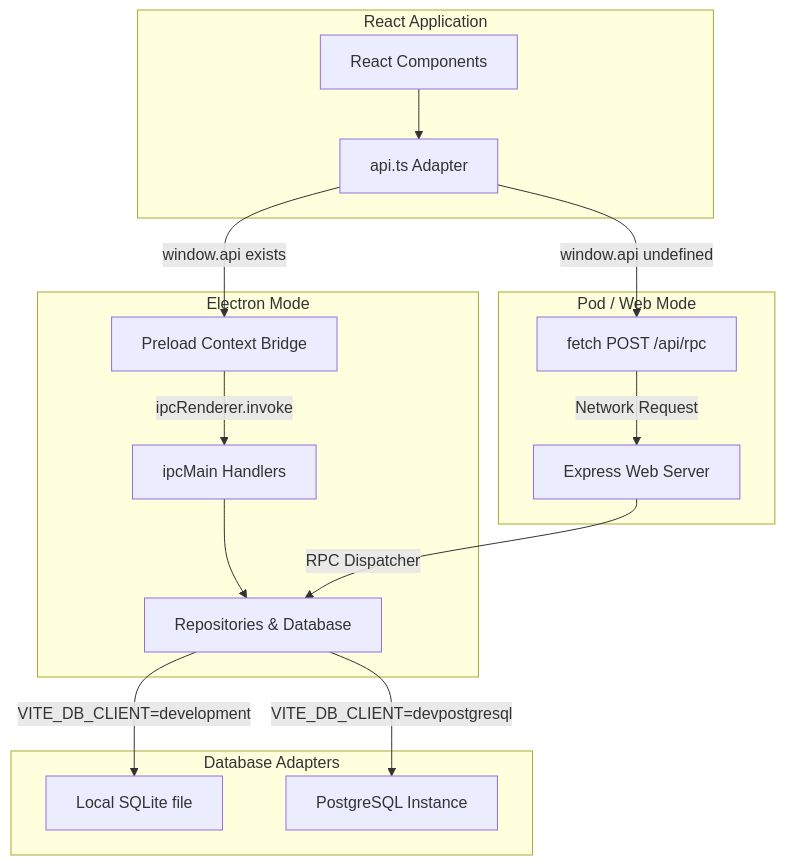
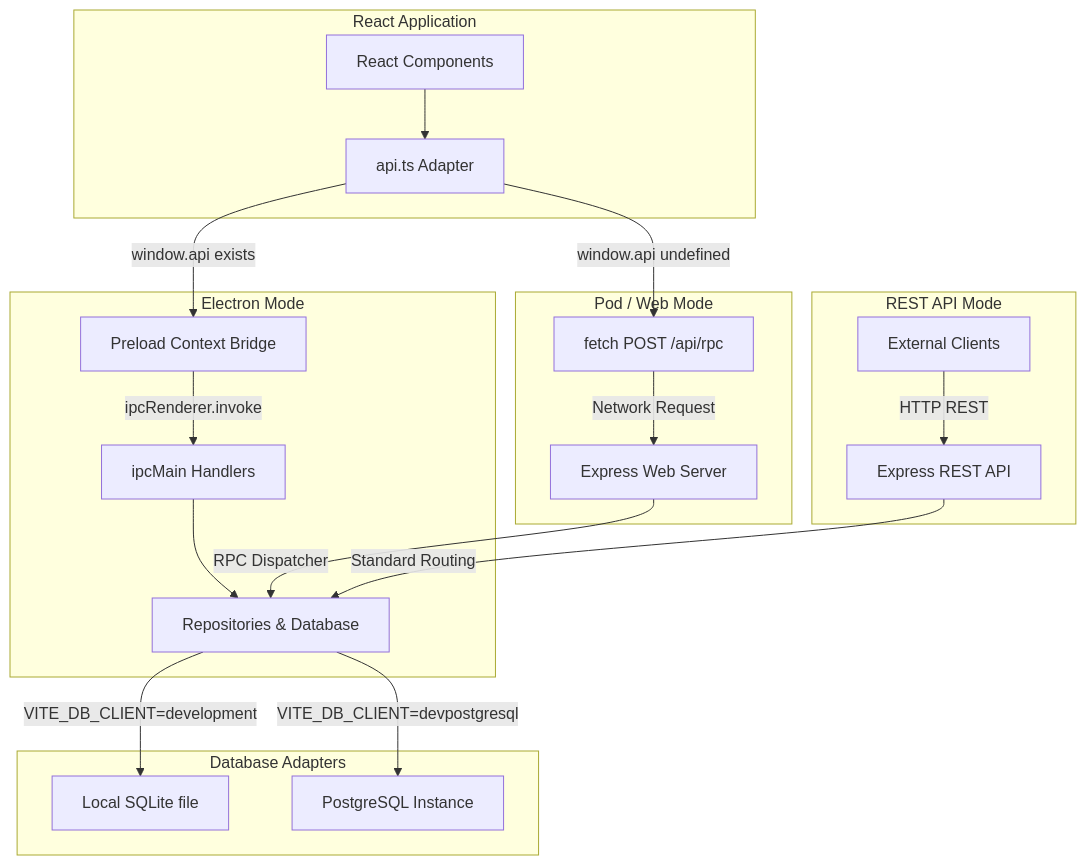
One commit to Medmerd/Kampaignz changed the diagram in README.md. Above: the diagram before and after it, drawn with Mermaid. The commit also changed other lines of this file and 1 other file, not shown here.

````diff
--- a/README.md
+++ b/README.md
@@ -18,23 +19,28 @@
 ```mermaid
 graph TD
     subgraph Frontend [React Application]
         UI[React Components] --> API[api.ts Adapter]
     end
 
     subgraph Desktop [Electron Mode]
         API -->|window.api exists| IPC[Preload Context Bridge]
         IPC -->|ipcRenderer.invoke| MainIPC[ipcMain Handlers]
         MainIPC --> Repo[Repositories & Database]
     end
 
     subgraph Web [Pod / Web Mode]
         API -->|window.api undefined| HTTP[fetch POST /api/rpc]
         HTTP -->|Network Request| WebServer[Express Web Server]
         WebServer -->|RPC Dispatcher| Repo
     end
     
+    subgraph IndependentAPI [REST API Mode]
+        ExternalClient[External Clients] -->|HTTP REST| RestAPI[Express REST API]
+        RestAPI -->|Standard Routing| Repo
+    end
+    
     subgraph DataPersistence [Database Adapters]
         Repo -->|VITE_DB_CLIENT=development| SQLite[Local SQLite file]
         Repo -->|VITE_DB_CLIENT=devpostgresql| Postgres[PostgreSQL Instance]
     end
 ```
````
